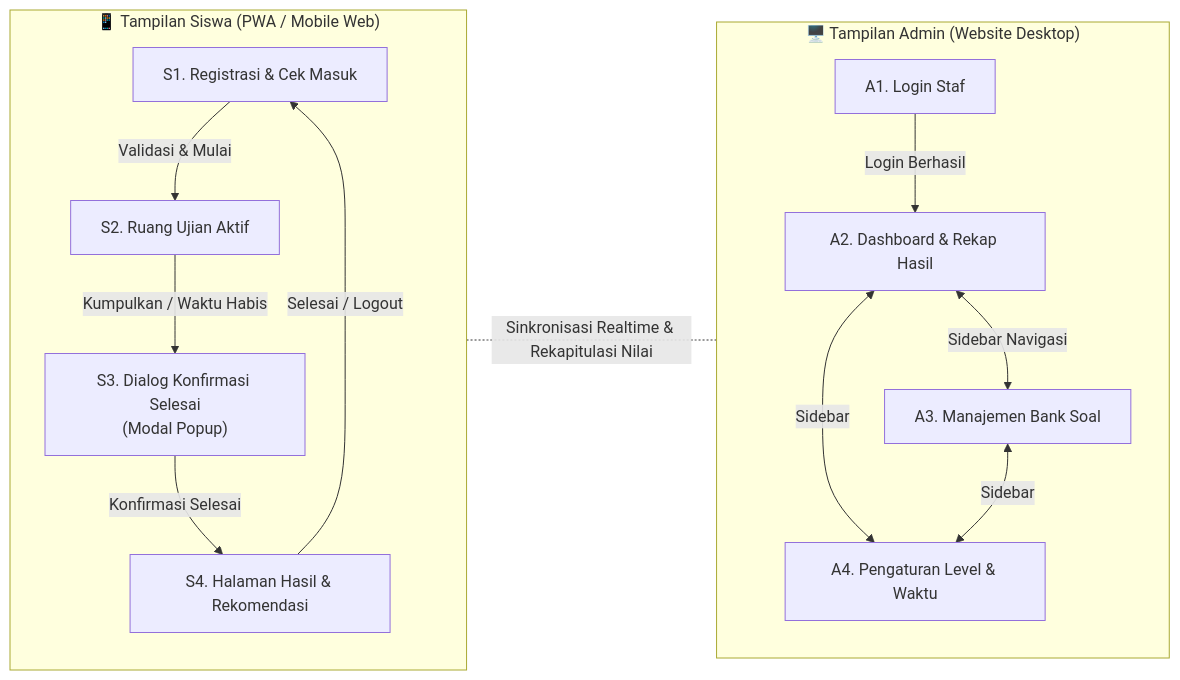
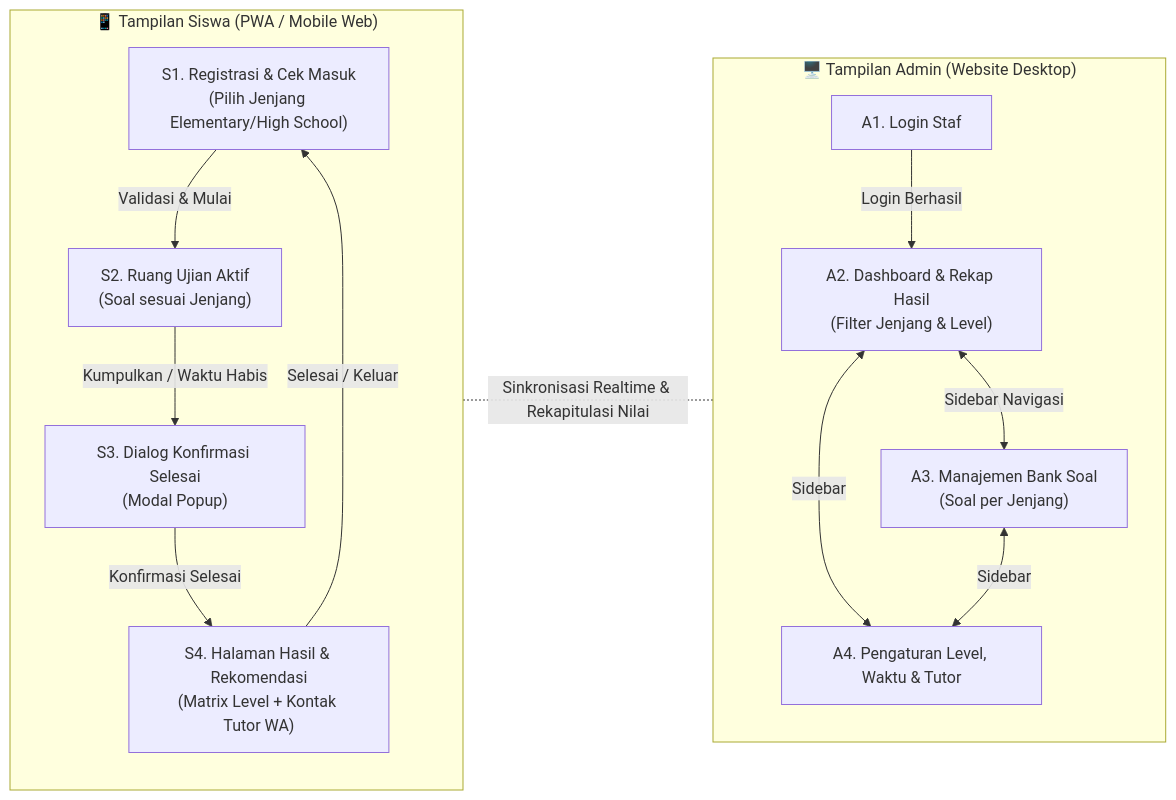
One commit to septianof/up-speaking changed the eighth of 8 diagrams in UI_FLOW.md. Above: the diagram before and after it, drawn with Mermaid. The commit also changed other lines of this file and 3 other files, not shown here.

Commit message:
docs(specs): perbarui prd, ui-flow, task-breakdown, dan product.md untuk kebutuhan jenjang dan matrix level

````diff
--- a/UI_FLOW.md
+++ b/UI_FLOW.md
@@ -368,30 +389,30 @@
 ```mermaid
 flowchart LR
     subgraph SISWA ["📱 Tampilan Siswa (PWA / Mobile Web)"]
         direction TB
-        S1["S1. Registrasi & Cek Masuk"]
-        S2["S2. Ruang Ujian Aktif"]
+        S1["S1. Registrasi & Cek Masuk<br/>(Pilih Jenjang Elementary/High School)"]
+        S2["S2. Ruang Ujian Aktif<br/>(Soal sesuai Jenjang)"]
         S3["S3. Dialog Konfirmasi Selesai<br/>(Modal Popup)"]
-        S4["S4. Halaman Hasil & Rekomendasi"]
+        S4["S4. Halaman Hasil & Rekomendasi<br/>(Matrix Level + Kontak Tutor WA)"]
 
         S1 -->|Validasi & Mulai| S2
         S2 -->|Kumpulkan / Waktu Habis| S3
         S3 -->|Konfirmasi Selesai| S4
-        S4 -->|Selesai / Logout| S1
+        S4 -->|Selesai / Keluar| S1
     end
 
     subgraph ADMIN ["🖥️ Tampilan Admin (Website Desktop)"]
         direction TB
         A1["A1. Login Staf"]
-        A2["A2. Dashboard & Rekap Hasil"]
-        A3["A3. Manajemen Bank Soal"]
-        A4["A4. Pengaturan Level & Waktu"]
+        A2["A2. Dashboard & Rekap Hasil<br/>(Filter Jenjang & Level)"]
+        A3["A3. Manajemen Bank Soal<br/>(Soal per Jenjang)"]
+        A4["A4. Pengaturan Level, Waktu & Tutor"]
 
         A1 -->|Login Berhasil| A2
         A2 <-->|Sidebar Navigasi| A3
         A2 <-->|Sidebar| A4
         A3 <-->|Sidebar| A4
     end
 
     SISWA -. "Sinkronisasi Realtime & Rekapitulasi Nilai" .- ADMIN
 ```
````
